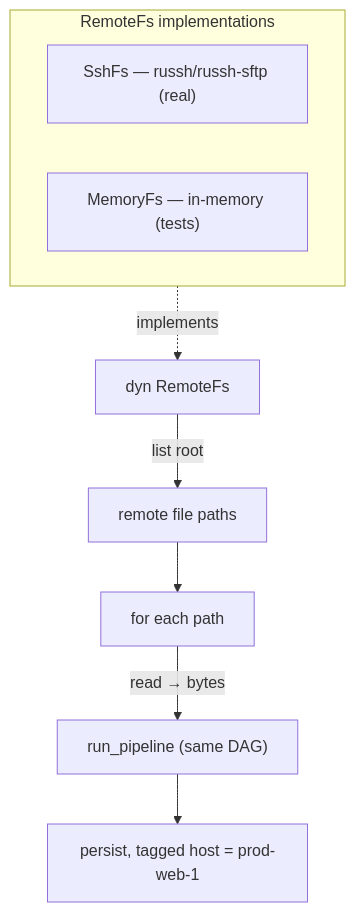
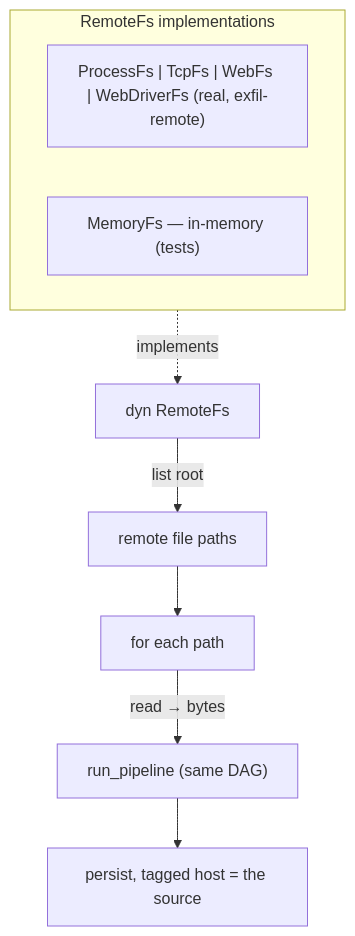
Diagram 11 of 12 in docs/src/architecture/engine.md (rangertaha/exfil), drawn with Mermaid before and after one commit. The commit also changed other lines of this file and 38 other files, not shown here.

````diff
--- a/docs/src/architecture/engine.md
+++ b/docs/src/architecture/engine.md
@@ -443,13 +444,13 @@
 ```mermaid
 flowchart TD
     RF["dyn RemoteFs"] -->|list root| PATHS["remote file paths"]
     PATHS --> LOOP["for each path"]
     LOOP -->|"read → bytes"| PIPE["run_pipeline (same DAG)"]
-    PIPE --> PERSIST["persist, tagged host = prod-web-1"]
+    PIPE --> PERSIST["persist, tagged host = the source"]
 
     subgraph IMPLS["RemoteFs implementations"]
-        SSH["SshFs — russh/russh-sftp (real)"]
+        REAL["ProcessFs | TcpFs | WebFs | WebDriverFs (real, exfil-remote)"]
         MEM["MemoryFs — in-memory (tests)"]
     end
     IMPLS -.implements.-> RF
 ```
````
